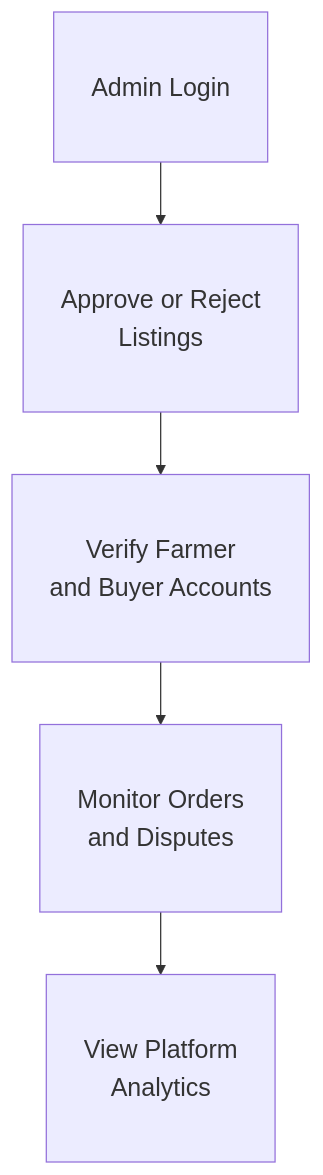
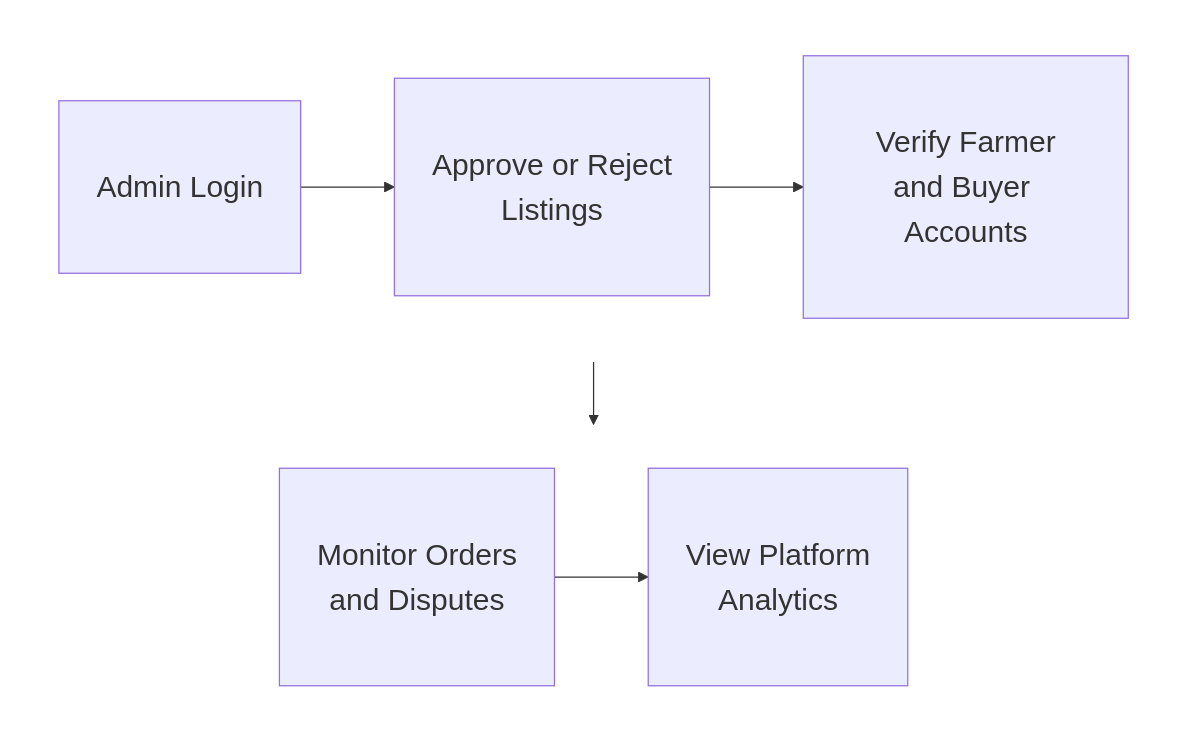
The third of 4 diagrams in README.md (tareqferdous/agrolink-frontend), drawn with Mermaid before and after one commit. The commit also changed other lines of this file, not shown here.

Commit message:
fix: update flow diagrams in readme files

````diff
--- a/README.md
+++ b/README.md
@@ -66,12 +99,22 @@
 ```mermaid
-%%{init: {"themeVariables": {"fontSize": "20px"}}}%%
+%%{init: {"themeVariables": {"fontSize": "24px"}}}%%
 flowchart TB
-	classDef big font-size:20px,padding:16px;
+	classDef big font-size:24px,padding:20px;
 
-	A1[Admin Login] --> A2[Approve or Reject<br/>Listings]
-	A2 --> A3[Verify Farmer<br/>and Buyer Accounts]
-	A3 --> A4[Monitor Orders<br/>and Disputes]
-	A4 --> A5[View Platform<br/>Analytics]
+	subgraph ARow1[" "]
+		direction LR
+		A1[Admin Login] --> A2[Approve or Reject<br/>Listings] --> A3[Verify Farmer<br/>and Buyer Accounts]
+	end
+
+	subgraph ARow2[" "]
+		direction LR
+		A4[Monitor Orders<br/>and Disputes] --> A5[View Platform<br/>Analytics]
+	end
+
+	A3 --> A4
+
+	style ARow1 fill:transparent,stroke:transparent;
+	style ARow2 fill:transparent,stroke:transparent;
 
 	class A1,A2,A3,A4,A5 big;
 ```
````
